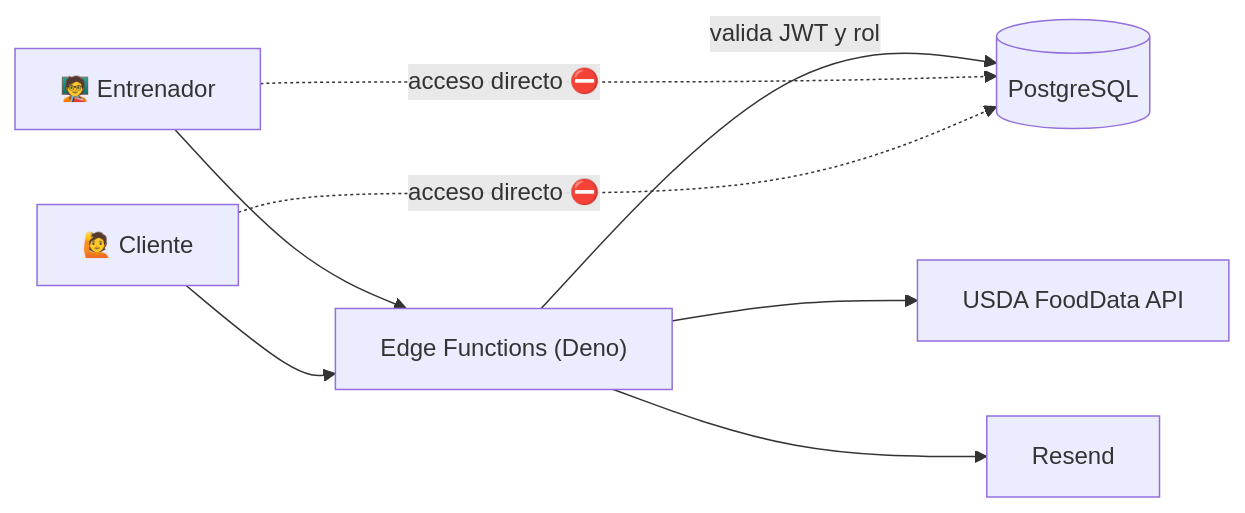
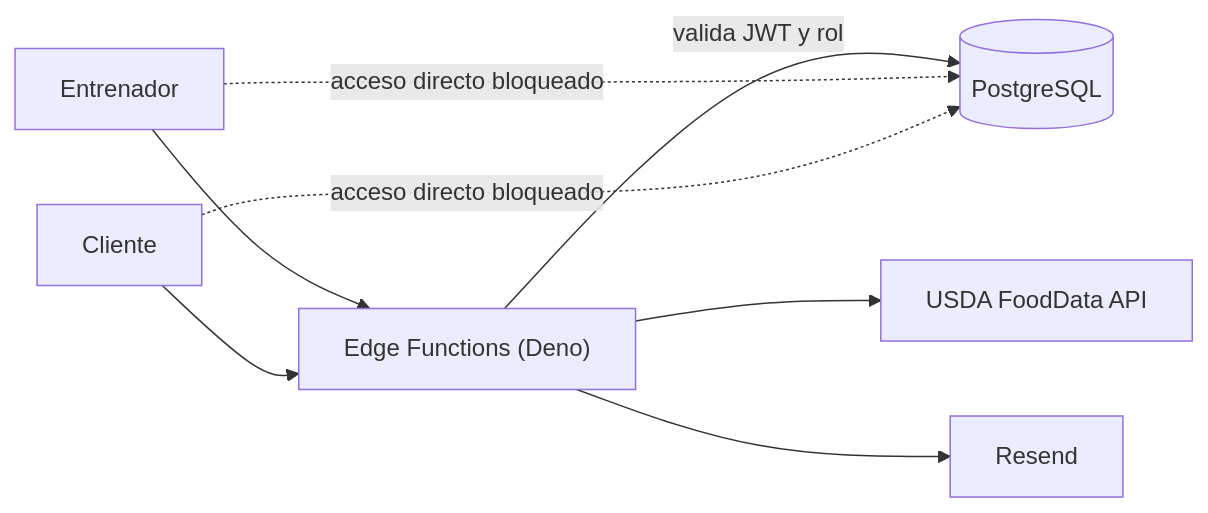
The diagram in README.md (meyern01/leyva-fitness-platform), drawn with Mermaid before and after one commit. The commit also changed other lines of this file, not shown here.

````diff
--- a/README.md
+++ b/README.md
@@ -40,10 +40,10 @@
 ```mermaid
 flowchart LR
-    T["🧑‍🏫 Entrenador"] --> EF["Edge Functions (Deno)"]
-    C["🙋 Cliente"] --> EF
+    T["Entrenador"] --> EF["Edge Functions (Deno)"]
+    C["Cliente"] --> EF
     EF -- "valida JWT y rol" --> DB[("PostgreSQL")]
-    T -. "acceso directo ⛔" .-> DB
-    C -. "acceso directo ⛔" .-> DB
+    T -. "acceso directo bloqueado" .-> DB
+    C -. "acceso directo bloqueado" .-> DB
     EF --> USDA["USDA FoodData API"]
     EF --> RS["Resend"]
 ```
````
